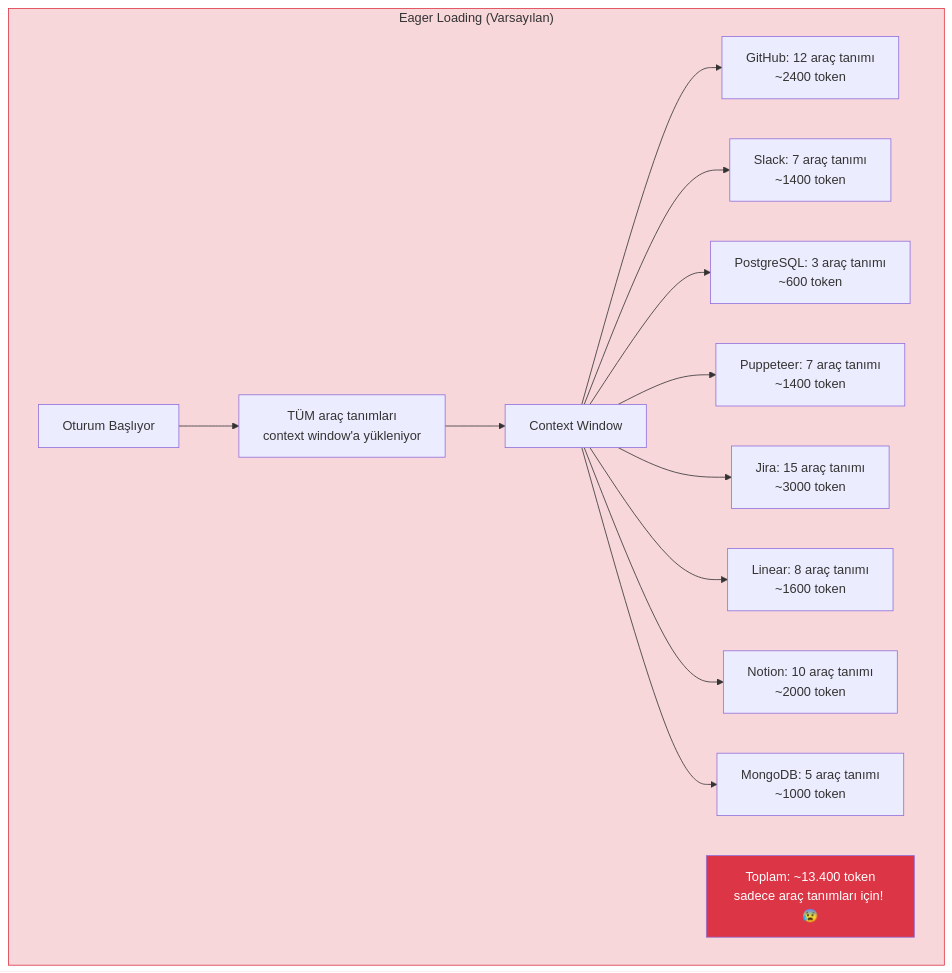
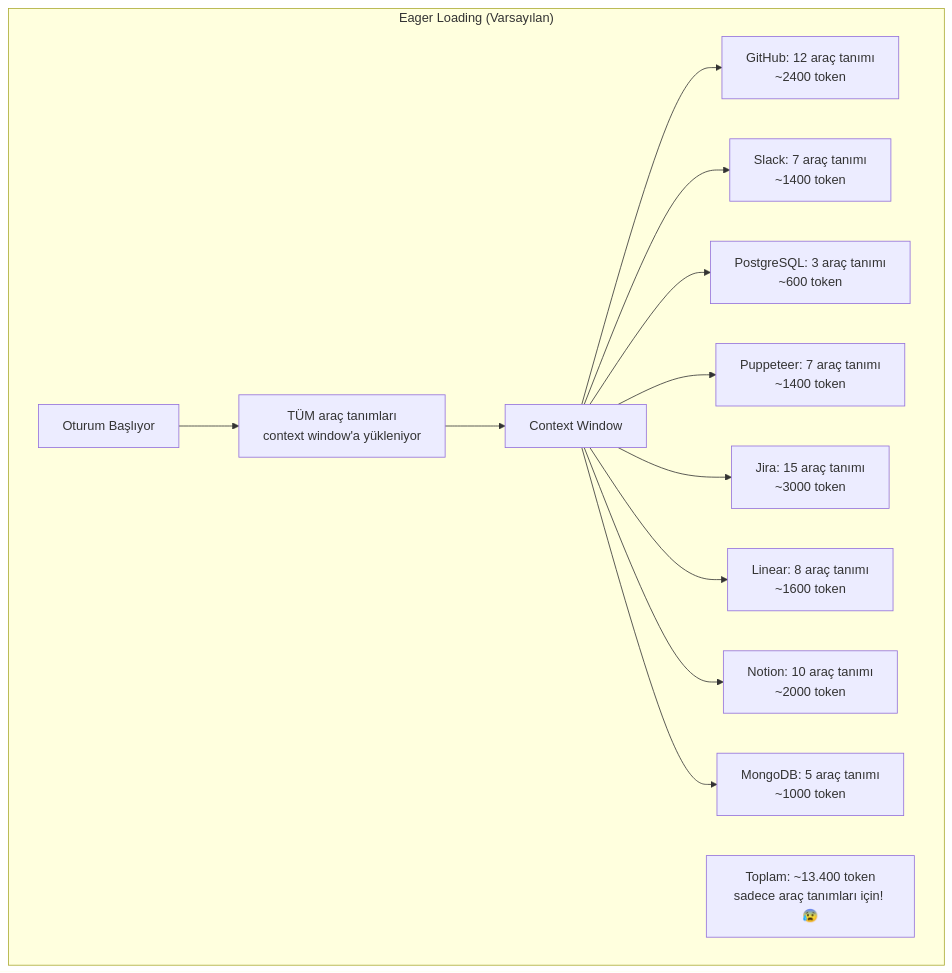
The first of 5 diagrams in 11-mcp/04-mcp-tool-search.md (IzzetYasinAtes/ClaudeCodeHandbook), drawn with Mermaid before and after one commit. The commit also changed other lines of this file and 97 other files, not shown here.

Commit message:
Remove all custom Mermaid style/fill colors from 98 markdown files for consistent dark theme rendering

````diff
--- a/11-mcp/04-mcp-tool-search.md
+++ b/11-mcp/04-mcp-tool-search.md
@@ -19,21 +19,19 @@
 ```mermaid
 flowchart TD
     subgraph eager ["Eager Loading (Varsayılan)"]
         START["Oturum Başlıyor"] --> LOAD_ALL["TÜM araç tanımları<br/>context window'a yükleniyor"]
         LOAD_ALL --> CTX["Context Window"]
 
         CTX --> T1["GitHub: 12 araç tanımı<br/>~2400 token"]
         CTX --> T2["Slack: 7 araç tanımı<br/>~1400 token"]
         CTX --> T3["PostgreSQL: 3 araç tanımı<br/>~600 token"]
         CTX --> T4["Puppeteer: 7 araç tanımı<br/>~1400 token"]
         CTX --> T5["Jira: 15 araç tanımı<br/>~3000 token"]
         CTX --> T6["Linear: 8 araç tanımı<br/>~1600 token"]
         CTX --> T7["Notion: 10 araç tanımı<br/>~2000 token"]
         CTX --> T8["MongoDB: 5 araç tanımı<br/>~1000 token"]
 
         TOTAL["Toplam: ~13.400 token<br/>sadece araç tanımları için! 😰"]
     end
 
-    style eager fill:#f8d7da,stroke:#dc3545
-    style TOTAL fill:#dc3545,color:#fff
 ```
````
